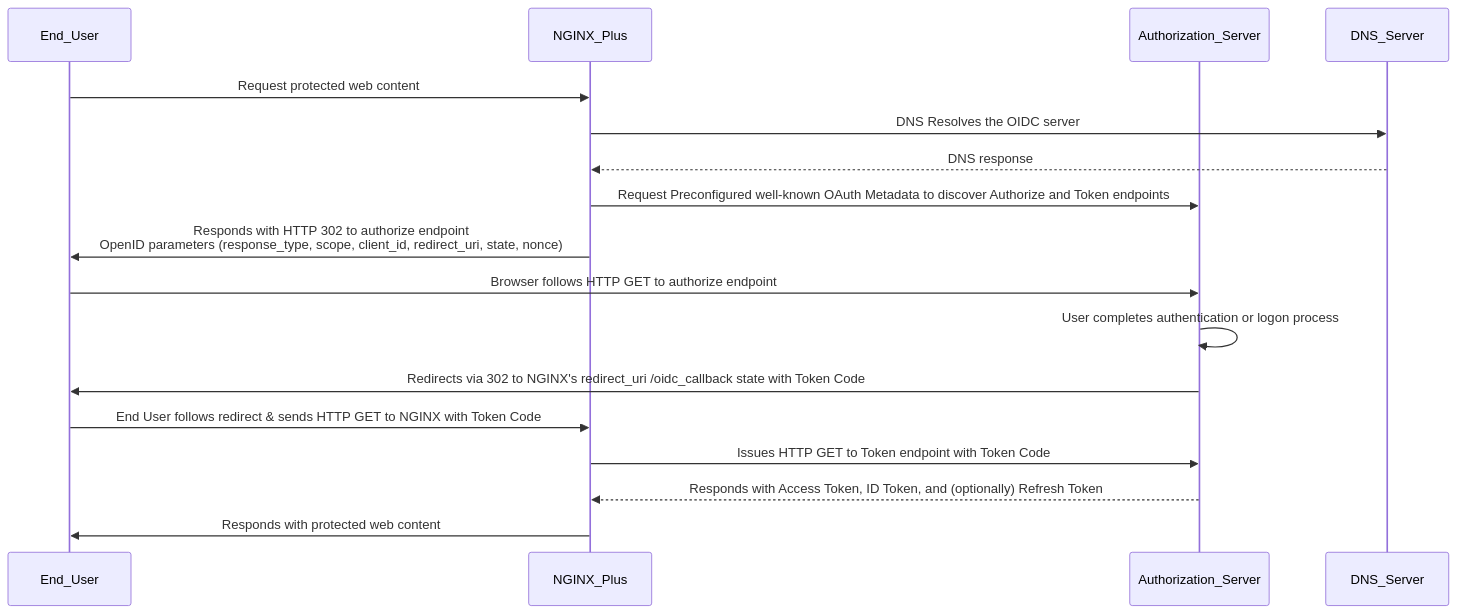
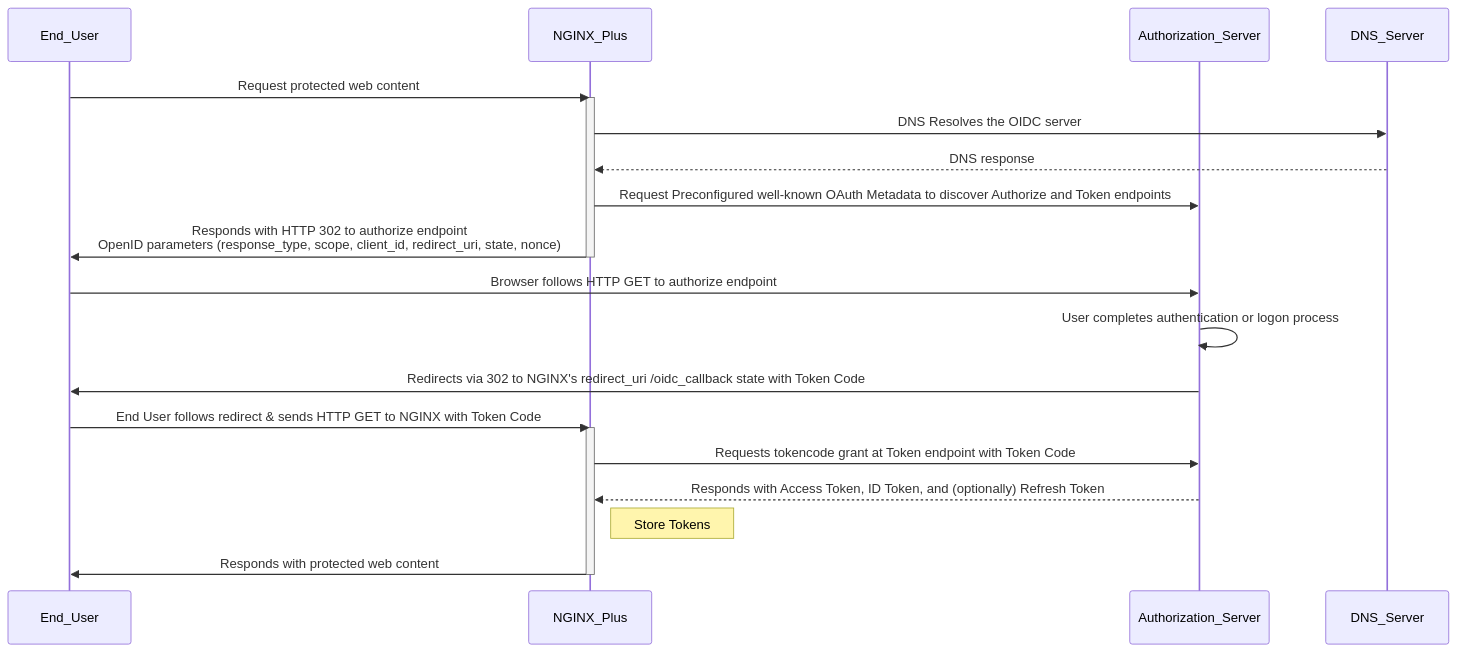
The diagram in docs/r34-5.mdx (f5devcentral/nginx-plus-r34-upskill), drawn with Mermaid before and after one commit. The commit also changed other lines of this file and 2 other files, not shown here.

````diff
--- a/docs/r34-5.mdx
+++ b/docs/r34-5.mdx
@@ -78,21 +81,27 @@
 ```mermaid
 
 sequenceDiagram
     participant End_User
     participant NGINX_Plus
     participant Authorization_Server
     participant DNS_Server
 
     End_User->>NGINX_Plus: Request protected web content
+    activate NGINX_Plus
     NGINX_Plus->>DNS_Server: DNS Resolves the OIDC server
     DNS_Server-->>NGINX_Plus: DNS response
     NGINX_Plus->>Authorization_Server: Request Preconfigured well-known OAuth Metadata to discover Authorize and Token endpoints
     NGINX_Plus->>End_User: Responds with HTTP 302 to authorize endpoint<br>OpenID parameters (response_type, scope, client_id, redirect_uri, state, nonce)
+    deactivate NGINX_Plus
     End_User->>Authorization_Server: Browser follows HTTP GET to authorize endpoint
     Authorization_Server->>Authorization_Server: User completes authentication or logon process
     Authorization_Server->>End_User: Redirects via 302 to NGINX's redirect_uri /oidc_callback state with Token Code
     End_User->>NGINX_Plus: End User follows redirect & sends HTTP GET to NGINX with Token Code
-    NGINX_Plus->>Authorization_Server: Issues HTTP GET to Token endpoint with Token Code
+    activate NGINX_Plus
+    NGINX_Plus->>Authorization_Server: Requests tokencode grant at Token endpoint with Token Code
     Authorization_Server-->>NGINX_Plus: Responds with Access Token, ID Token, and (optionally) Refresh Token
+    Note right of NGINX_Plus: Store Tokens
     NGINX_Plus->>End_User: Responds with protected web content
+    deactivate NGINX_Plus
+
 ```
````
